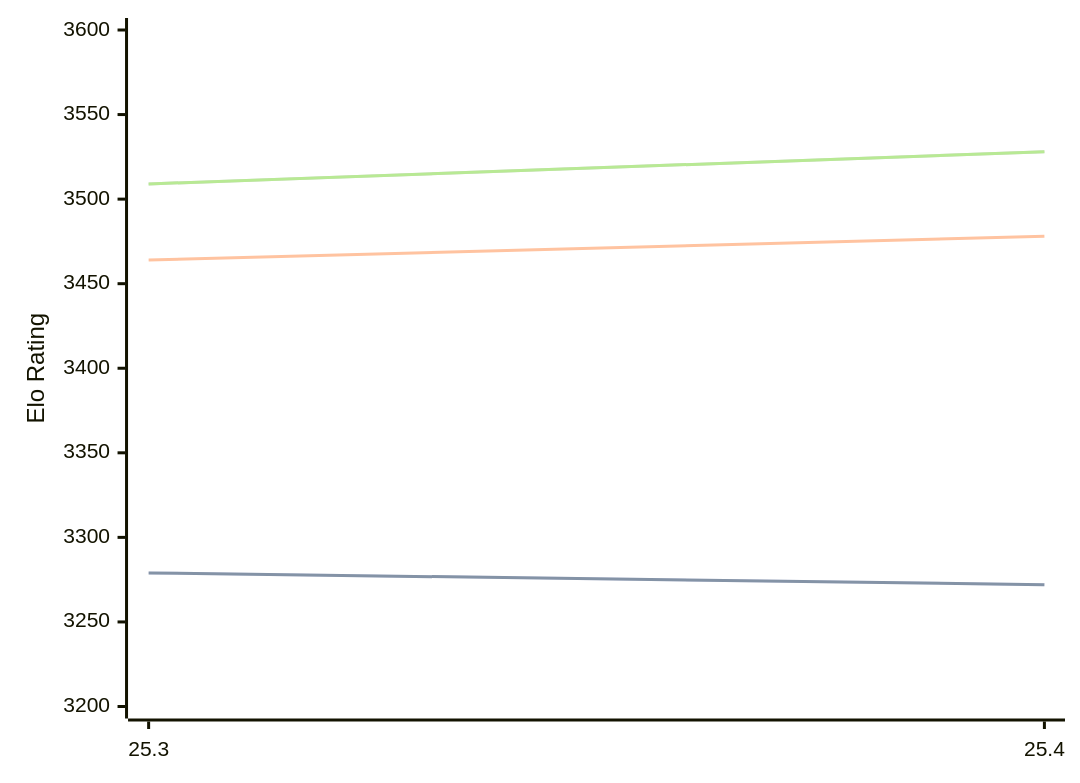
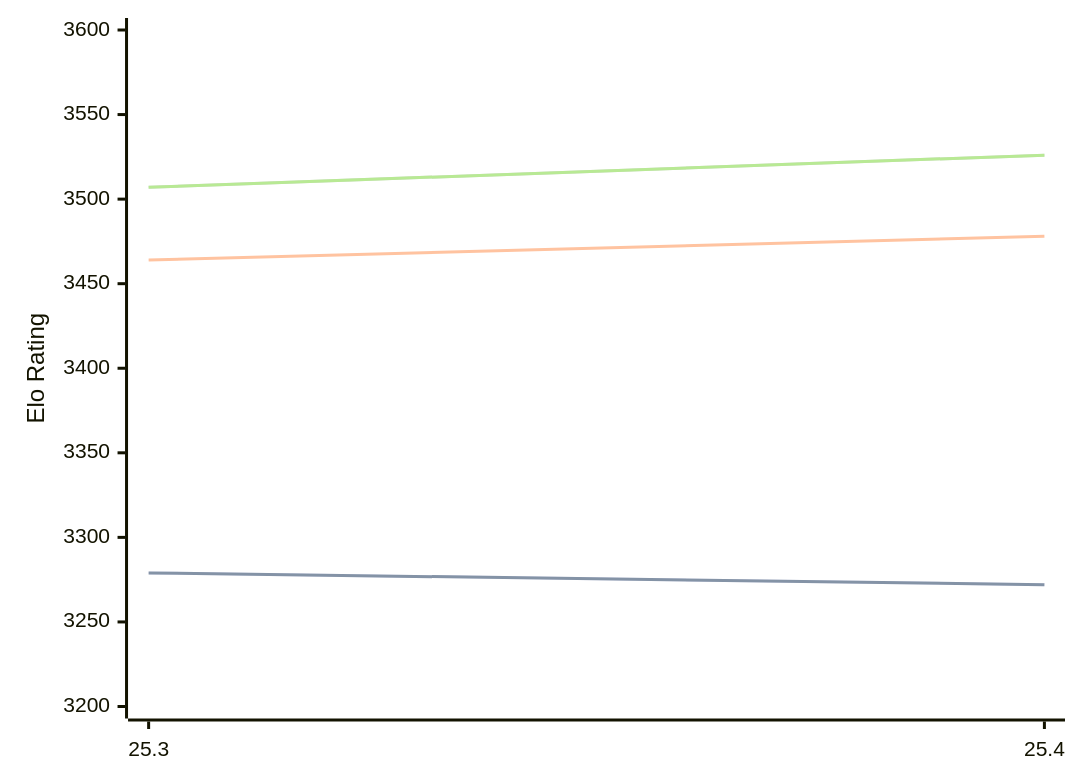
Before and after one commit to computer-chess-index/cci: the diagram in engines/Arasan.md, drawn with Mermaid. The commit also changed other lines of this file, not shown here.

Commit message:
Update CCI Ratings (ELO VLTC) - 2026-04-28

````diff
--- a/engines/Arasan.md
+++ b/engines/Arasan.md
@@ -33,11 +33,11 @@
 ```mermaid
 %%{init: {"theme":"base","themeVariables":{"seriesColors:['#a3a3a3','#222221','#faa371']}}}%%
 xychart-beta
   x-axis ["25.3", "25.4"]
   y-axis "Elo Rating" 3200 --> 3600
   line "STC (8.0+0.08s)" [3279, 3272]
   line "STC (8.0+0.08s)" [3279, 3272]
   line "LTC (60.0+0.60s)" [3464, 3478]
-  line "VLTC (2m24s+1.12s)" [3509, 3528]
-  line "VLTC (2m24s+1.12s)" [3509, 3528]
+  line "VLTC (2m24s+1.12s)" [3507, 3526]
+  line "VLTC (2m24s+1.12s)" [3507, 3526]
 ```
````
